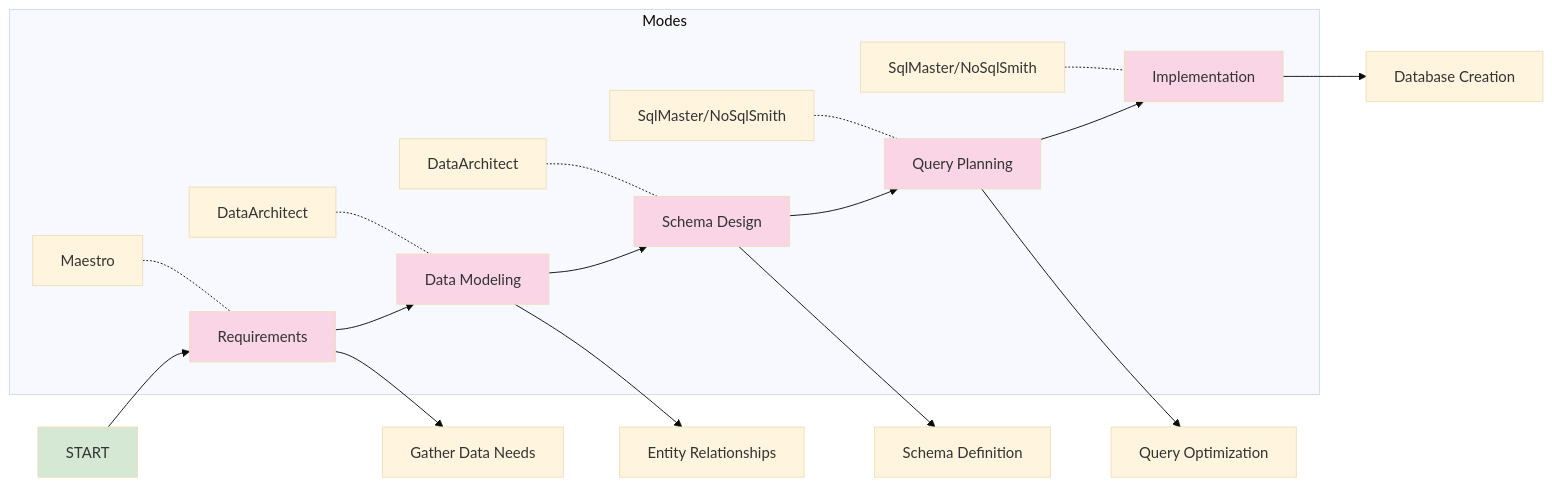
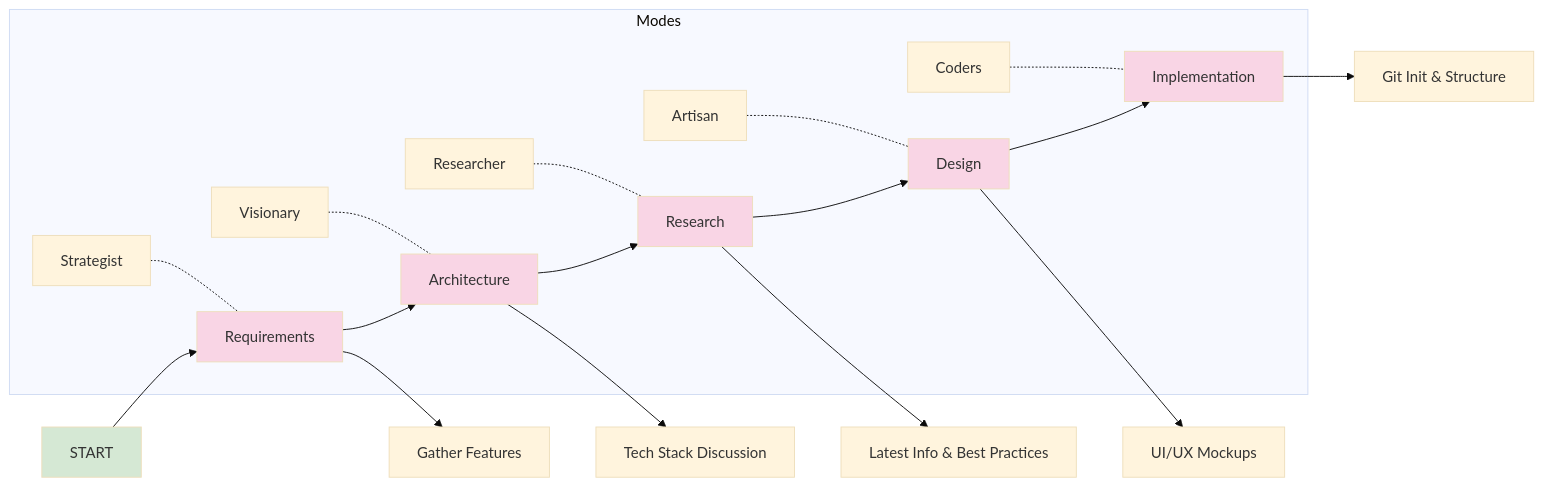
One commit to jigza/maestro changed the third of 8 diagrams in custom-sets/data-agent/Maestro-mode.md. Above: the diagram before and after it, drawn with Mermaid (base theme). The commit also changed other lines of this file and 24 other files, not shown here.

````diff
--- a/custom-sets/data-agent/Maestro-mode.md
+++ b/custom-sets/data-agent/Maestro-mode.md
@@ -95,29 +116,29 @@
 ```mermaid
 graph LR
     A[START] --> B[Requirements]
-    B --> C[Data Modeling]
-    C --> D[Schema Design]
-    D --> E[Query Planning]
+    B --> C[Architecture]
+    C --> D[Research]
+    D --> E[Design]
     E --> F[Implementation]
     
-    B --> B1[Gather Data Needs]
-    C --> C1[Entity Relationships]
-    D --> D1[Schema Definition]
-    E --> E1[Query Optimization]
-    F --> F1[Database Creation]
+    B --> B1[Gather Features]
+    C --> C1[Tech Stack Discussion]
+    D --> D1[Latest Info & Best Practices]
+    E --> E1[UI/UX Mockups]
+    F --> F1[Git Init & Structure]
     
     subgraph Modes
-    B2[Maestro] -.- B
-    C2[DataArchitect] -.- C
-    D2[DataArchitect] -.- D
-    E2[SqlMaster/NoSqlSmith] -.- E
-    F2[SqlMaster/NoSqlSmith] -.- F
+    B2[Strategist] -.- B
+    C2[Visionary] -.- C
+    D2[Researcher] -.- D
+    E2[Artisan] -.- E
+    F2[Coders] -.- F
     end
     
     style A fill:#d5e8d4
     style B fill:#f9d5e5
     style C fill:#f9d5e5
     style D fill:#f9d5e5
     style E fill:#f9d5e5
     style F fill:#f9d5e5
 ```
````
